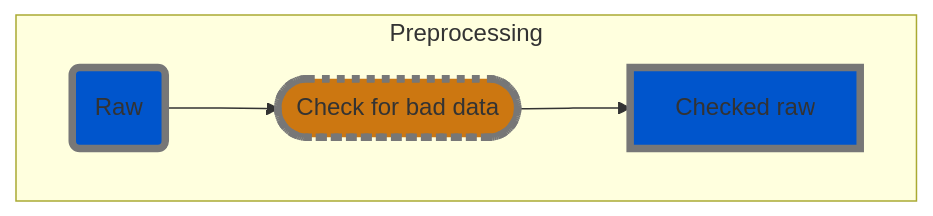
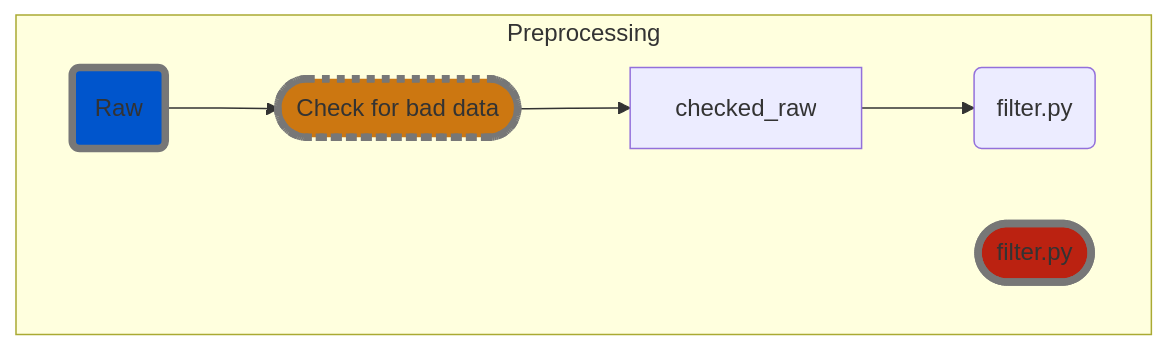
The diagram in README.md (hiroyoshi-yamasaki/MNE-MVPA), drawn with Mermaid before and after one commit.

Commit message:
mermaid not working on github

````diff
--- a/README.md
+++ b/README.md
@@ -4,26 +4,26 @@
 ```mermaid
 graph TD
     %% Processes
     classDef automatic_process fill: #b21, stroke-width: 5px, stroke: #777
     classDef manual_process fill: #c71, stroke-width: 5px, stroke: #777, stroke-dasharray: 5, 5;
     
     %% Data
     classDef mne_data fill: #05c, stroke-width: 5px, stroke: #777
     classDef event_data fill: #260, stroke-width: 5px, stroke: #777
     classDef other_data fill: #55c, stroke-width: 5px, stroke: #777
 
     %% Preprocessing MEG data
     subgraph "Preprocessing"
     
         %% Manual check for bad channels, artefacts etc.
         raw_data("Raw"):::mne_data --> check_raw(["Check for bad data"]):::manual_process;
-        check_raw --> checked_raw["Checked raw"]:::mne_data;
+        check_raw --> checked_raw;%%["Checked raw"]:::mne_data;
     
-        %%checked_raw --> filter("filter.py"); %%(["filter.py"]):::automatic_process;
+        checked_raw --> filter("filter.py"); %%(["filter.py"]):::automatic_process;
         %%filter --> filtered_raw("Filtered raw"):::mne_data;
         
         
         
     end
     
 ```
````
